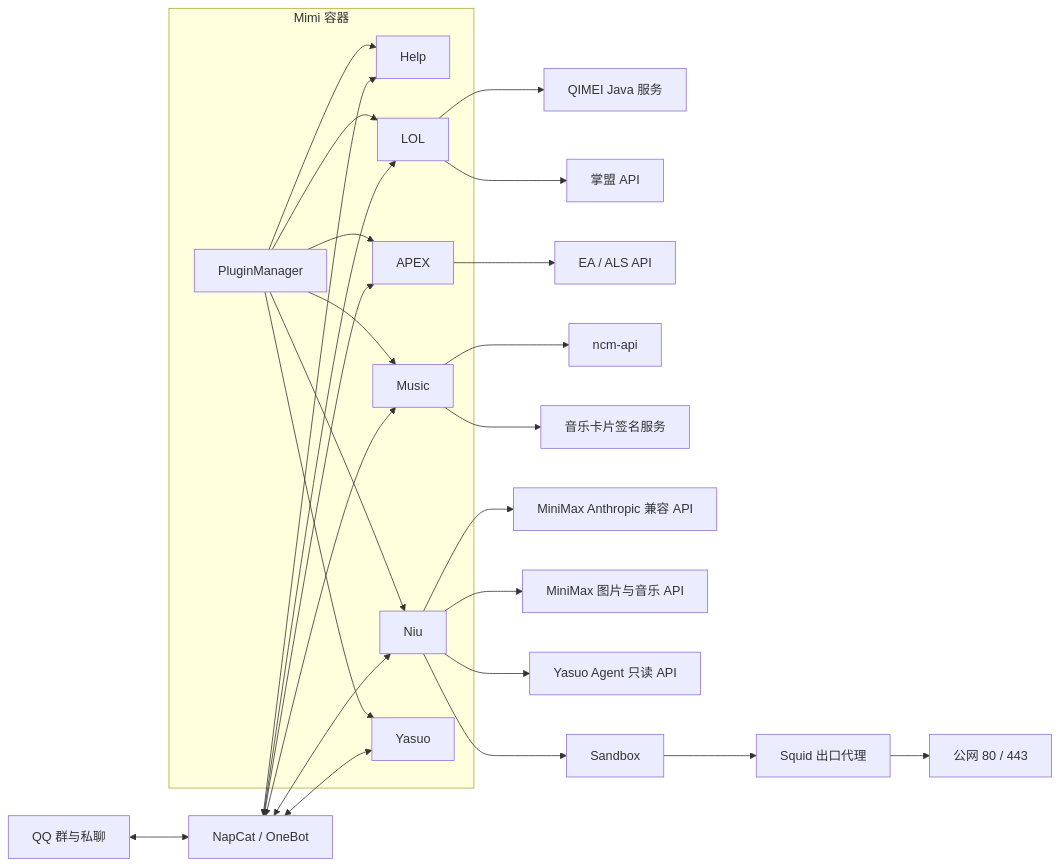
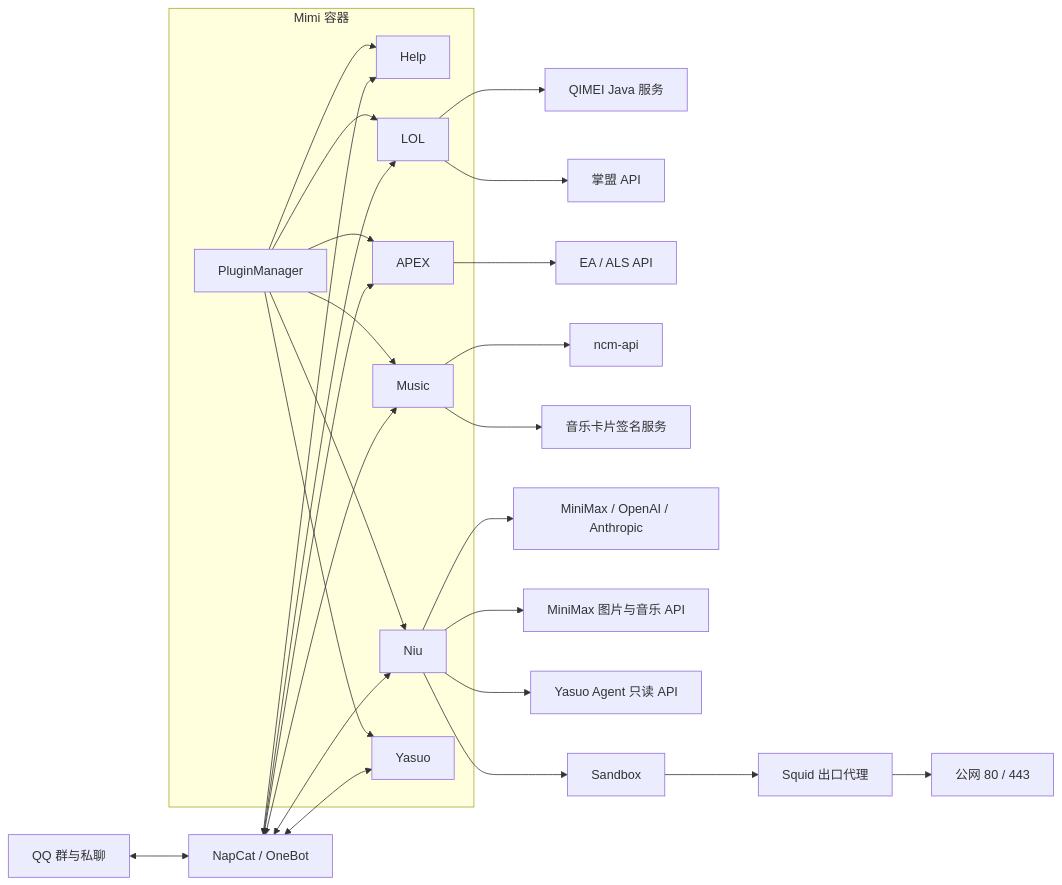
The diagram in ARCHITECTURE.md (leiyi2000/mimi), drawn with Mermaid before and after one commit. The commit also changed other lines of this file and 52 other files, not shown here.

````diff
--- a/ARCHITECTURE.md
+++ b/ARCHITECTURE.md
@@ -16,39 +16,39 @@
 ```mermaid
 flowchart LR
     QQ[QQ 群与私聊] <--> NC[NapCat / OneBot]
 
     subgraph M[Mimi 容器]
         PM[PluginManager]
         HELP[Help]
         LOL[LOL]
         APEX[APEX]
         MUSIC[Music]
         NIU[Niu]
         YASUO[Yasuo]
         PM --> HELP
         PM --> LOL
         PM --> APEX
         PM --> MUSIC
         PM --> NIU
         PM --> YASUO
     end
 
     NC <--> HELP
     NC <--> LOL
     NC <--> APEX
     NC <--> MUSIC
     NC <--> NIU
     NC <--> YASUO
 
     LOL --> QIMEI[QIMEI Java 服务]
     LOL --> MLOL[掌盟 API]
     APEX --> EA[EA / ALS API]
     MUSIC --> NCM[ncm-api]
     MUSIC --> SIGN[音乐卡片签名服务]
-    NIU --> LLM[MiniMax Anthropic 兼容 API]
+    NIU --> LLM[MiniMax / OpenAI / Anthropic]
     NIU --> MM[MiniMax 图片与音乐 API]
     NIU --> YAPI[Yasuo Agent 只读 API]
     NIU --> SANDBOX[Sandbox]
     SANDBOX --> PROXY[Squid 出口代理]
     PROXY --> WEB[公网 80 / 443]
 ```
````
